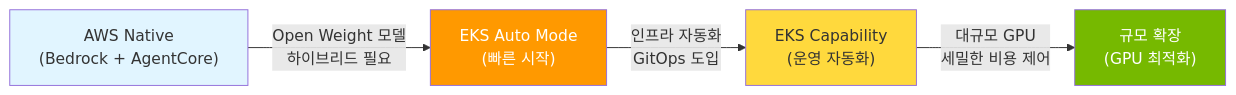
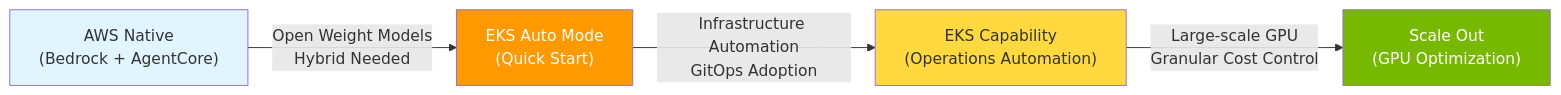
Before and after one commit to devfloor9/engineering-playbook: diagram 11 of 11 in i18n/en/docusaurus-plugin-content-docs/current/agentic-ai-platform/design-architecture/agentic-ai-solutions-eks.md, drawn with Mermaid. The commit also changed other lines of this file and 16 other files, not shown here.

````diff
--- a/i18n/en/docusaurus-plugin-content-docs/current/agentic-ai-platform/design-architecture/agentic-ai-solutions-eks.md
+++ b/i18n/en/docusaurus-plugin-content-docs/current/agentic-ai-platform/design-architecture/agentic-ai-solutions-eks.md
@@ -695,16 +695,16 @@
 ```mermaid
 graph LR
     START["AWS Native<br/>(Bedrock + AgentCore)"]
-    AUTO["EKS Auto Mode<br/>(빠른 시작)"]
-    CAP["EKS Capability<br/>(운영 자동화)"]
-    SCALE["규모 확장<br/>(GPU 최적화)"]
+    AUTO["EKS Auto Mode<br/>(Quick Start)"]
+    CAP["EKS Capability<br/>(Operations Automation)"]
+    SCALE["Scale Out<br/>(GPU Optimization)"]
 
-    START -->|"Open Weight 모델<br/>하이브리드 필요"| AUTO
-    AUTO -->|"인프라 자동화<br/>GitOps 도입"| CAP
-    CAP -->|"대규모 GPU<br/>세밀한 비용 제어"| SCALE
+    START -->|"Open Weight Models<br/>Hybrid Needed"| AUTO
+    AUTO -->|"Infrastructure Automation<br/>GitOps Adoption"| CAP
+    CAP -->|"Large-scale GPU<br/>Granular Cost Control"| SCALE
 
     style START fill:#e1f5ff
     style AUTO fill:#ff9900,color:#fff
     style CAP fill:#ffd93d
     style SCALE fill:#76b900,color:#fff
 ```
````
